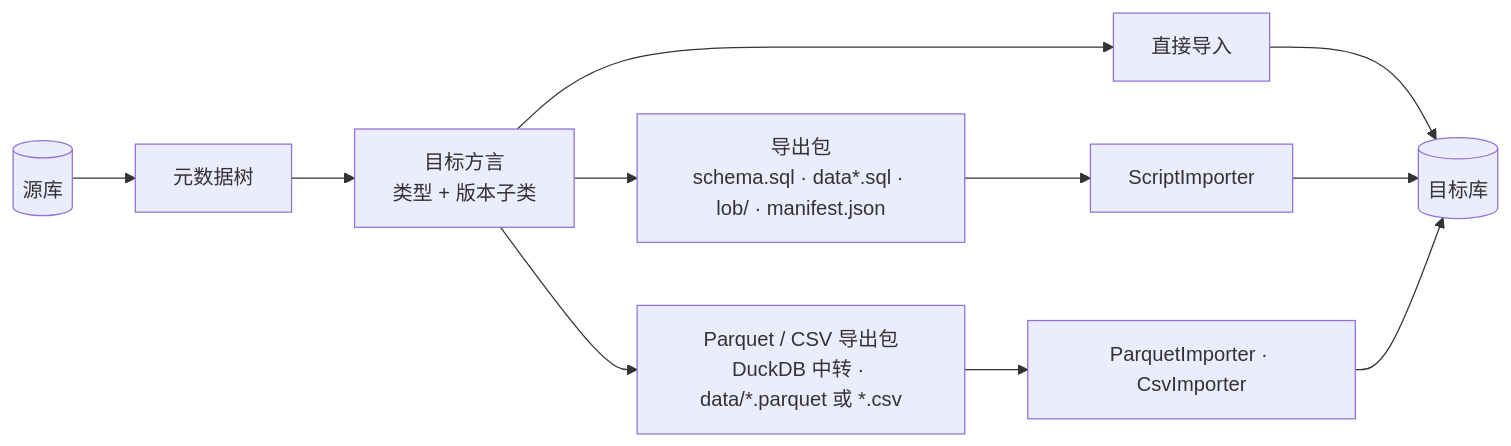
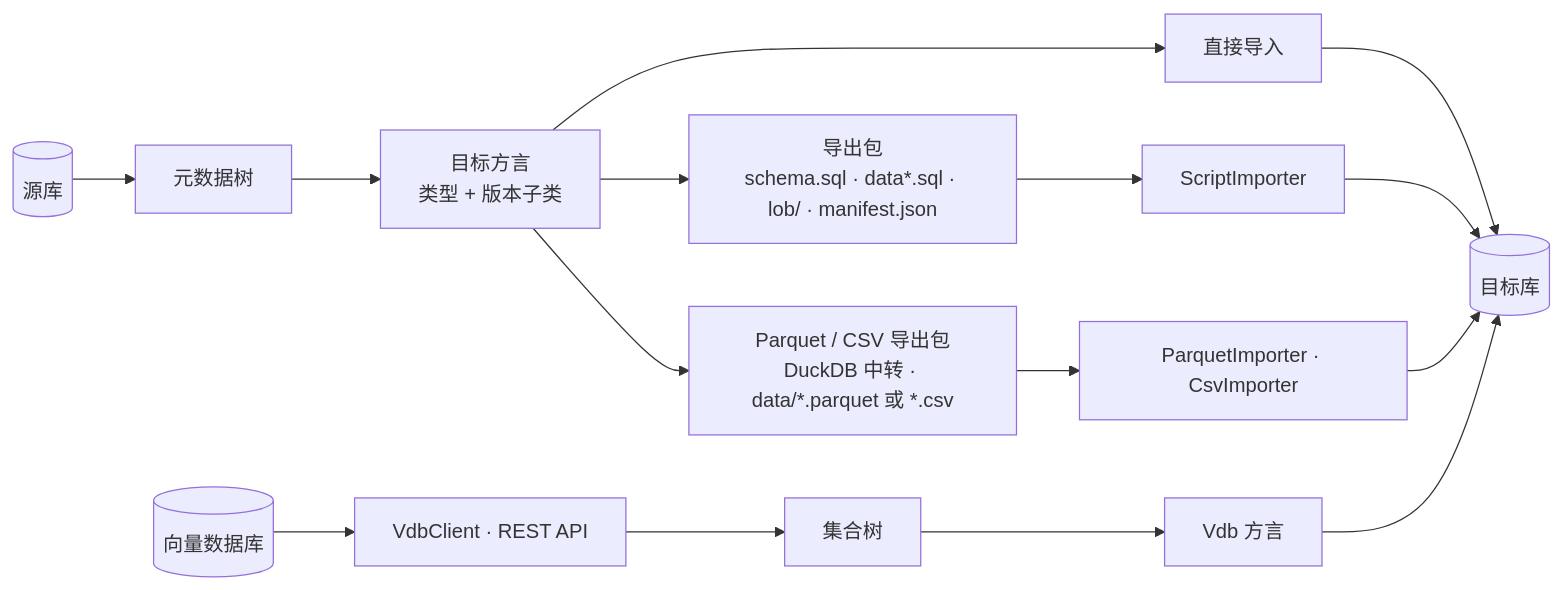
Before and after one commit to paganini2008/sqljam: the diagram in docs/blogger/sqljam-zh.md, drawn with Mermaid. The commit also changed other lines of this file and 165 other files, not shown here.

````diff
--- a/docs/blogger/sqljam-zh.md
+++ b/docs/blogger/sqljam-zh.md
@@ -114,10 +140,11 @@
 ```mermaid
 flowchart LR
     S[(源库)] --> T[元数据树]
     T --> D[目标方言<br/>类型 + 版本子类]
     D --> I[直接导入] --> TD[(目标库)]
     D --> E[导出包<br/>schema.sql · data*.sql · lob/ · manifest.json]
     E --> SI[ScriptImporter] --> TD
     D --> P[Parquet / CSV 导出包<br/>DuckDB 中转 · data/*.parquet 或 *.csv]
     P --> PI[ParquetImporter · CsvImporter] --> TD
+    V[(向量数据库)] --> VC[VdbClient · REST API] --> VT[集合树] --> VD[Vdb 方言] --> TD
 ```
````
